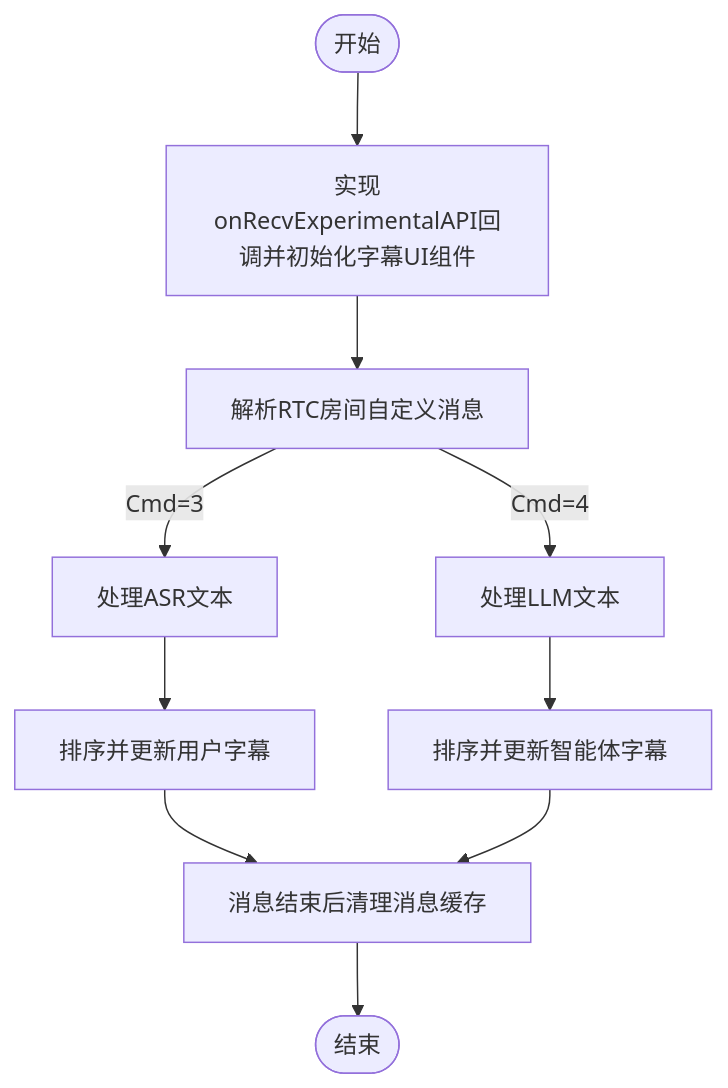
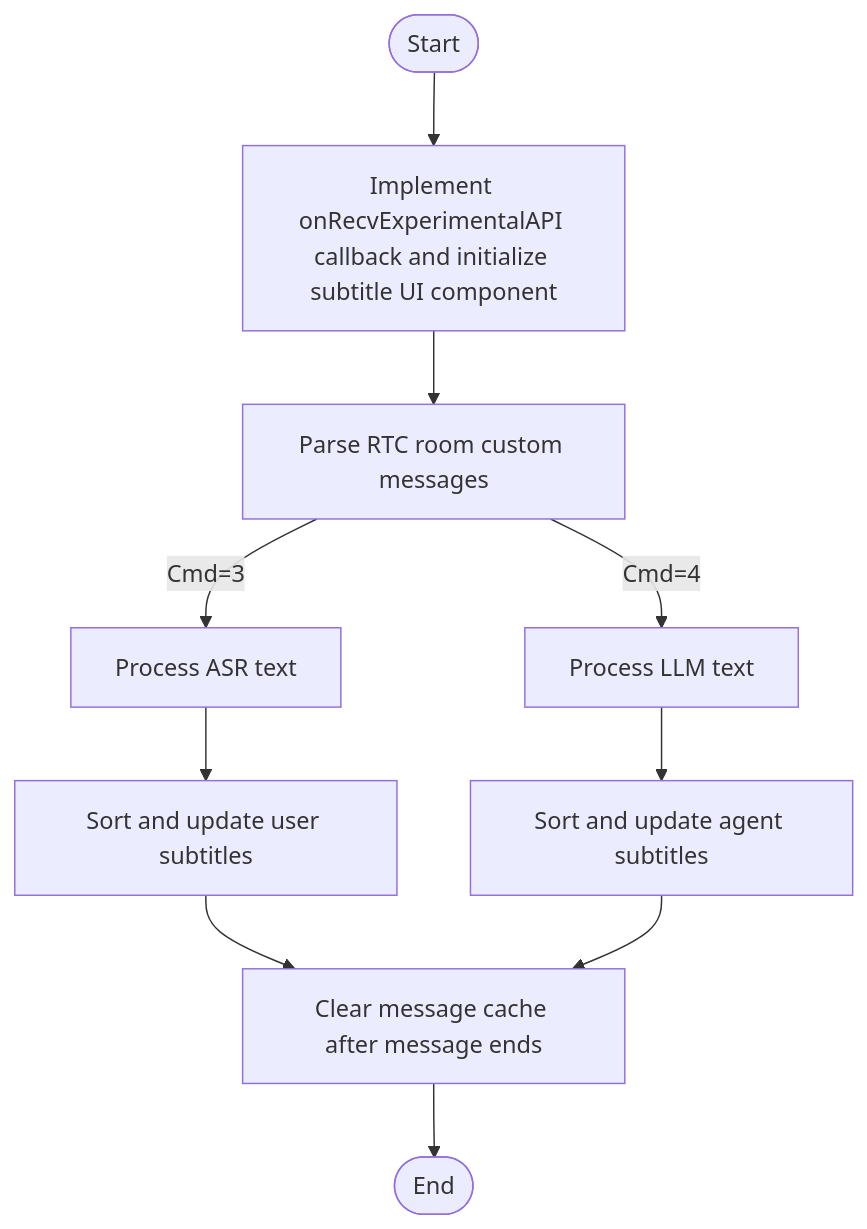
The diagram in core_products/digital-human/en/android/guides/display-subtitles.mdx (ZEGOCLOUD/docs_all), drawn with Mermaid before and after one commit. The commit also changed other lines of this file and 65 other files, not shown here.

````diff
--- a/core_products/digital-human/en/android/guides/display-subtitles.mdx
+++ b/core_products/digital-human/en/android/guides/display-subtitles.mdx
@@ -260,12 +260,12 @@
 ```mermaid
 flowchart TD
-    Start([开始]) --> Init[实现onRecvExperimentalAPI回调并初始化字幕UI组件]
-    Init --> ParseMessage[解析RTC房间自定义消息]
-    ParseMessage --> |Cmd=3| ProcessASR[处理ASR文本]
-    ParseMessage --> |Cmd=4| ProcessLLM[处理LLM文本]
-    ProcessASR --> UpdateSubtitles1[排序并更新用户字幕]
-    ProcessLLM --> UpdateSubtitles2[排序并更新智能体字幕]
-    UpdateSubtitles1 --> HandleEndFlags[消息结束后清理消息缓存]
-    UpdateSubtitles2 --> HandleEndFlags[消息结束后清理消息缓存]
-    HandleEndFlags --> End([结束])
+    Start([Start]) --> Init[Implement onRecvExperimentalAPI callback and initialize subtitle UI component]
+    Init --> ParseMessage[Parse RTC room custom messages]
+    ParseMessage --> |Cmd=3| ProcessASR[Process ASR text]
+    ParseMessage --> |Cmd=4| ProcessLLM[Process LLM text]
+    ProcessASR --> UpdateSubtitles1[Sort and update user subtitles]
+    ProcessLLM --> UpdateSubtitles2[Sort and update agent subtitles]
+    UpdateSubtitles1 --> HandleEndFlags[Clear message cache after message ends]
+    UpdateSubtitles2 --> HandleEndFlags[Clear message cache after message ends]
+    HandleEndFlags --> End([End])
 ```
````
